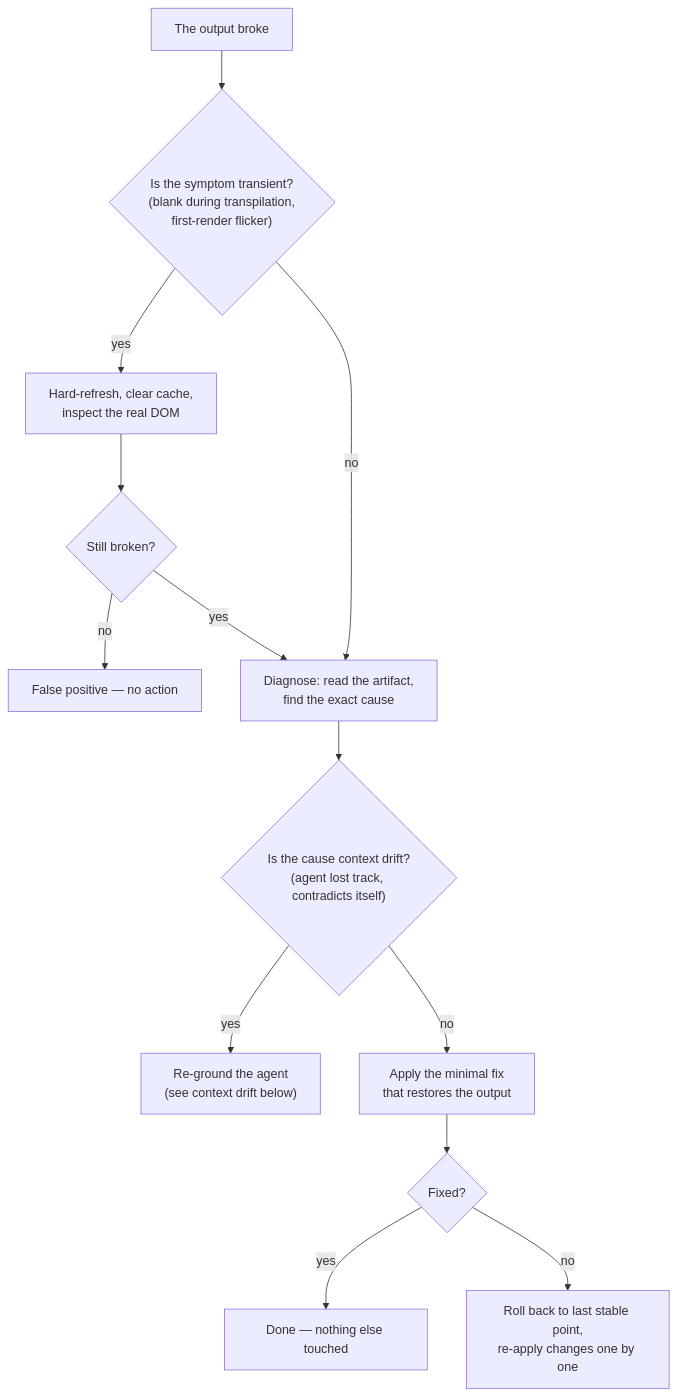
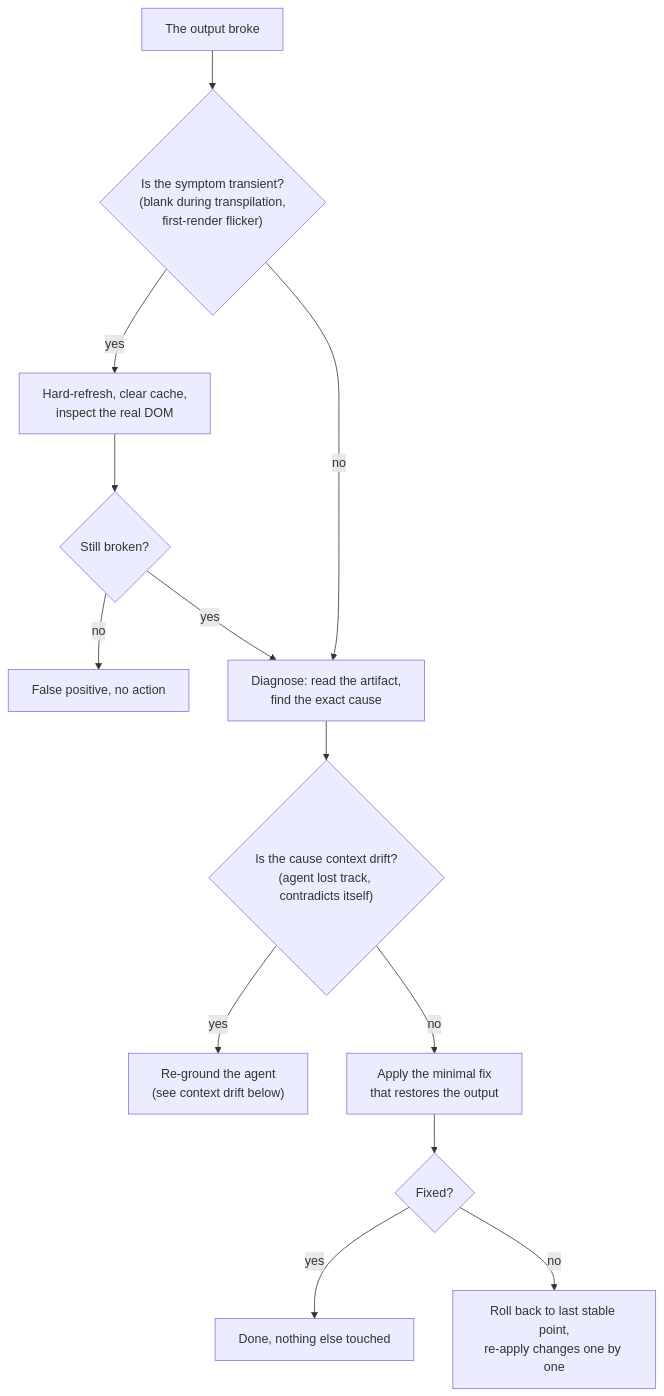
One commit to gabrielchinarro-pro/mainstay changed the first of 2 diagrams in docs/fr/core/11-failure-protocols.md. Above: the diagram before and after it, drawn with Mermaid. The commit also changed other lines of this file and 86 other files, not shown here.

````diff
--- a/docs/fr/core/11-failure-protocols.md
+++ b/docs/fr/core/11-failure-protocols.md
@@ -15,16 +15,16 @@
 ```mermaid
 flowchart TD
     BROKE["The output broke"]
     BROKE --> T{"Is the symptom transient?\n(blank during transpilation,\nfirst-render flicker)"}
     T -->|yes| TRANS["Hard-refresh, clear cache,\ninspect the real DOM"]
     TRANS --> STILL{"Still broken?"}
-    STILL -->|no| DONE["False positive — no action"]
+    STILL -->|no| DONE["False positive, no action"]
     STILL -->|yes| DIAG
     T -->|no| DIAG["Diagnose: read the artifact,\nfind the exact cause"]
     DIAG --> CTX{"Is the cause context drift?\n(agent lost track, contradicts itself)"}
     CTX -->|yes| RESET["Re-ground the agent\n(see context drift below)"]
     CTX -->|no| MIN["Apply the minimal fix\nthat restores the output"]
     MIN --> OK{"Fixed?"}
-    OK -->|yes| DONE2["Done — nothing else touched"]
+    OK -->|yes| DONE2["Done, nothing else touched"]
     OK -->|no| ROLLBACK["Roll back to last stable point,\nre-apply changes one by one"]
 ```
````
